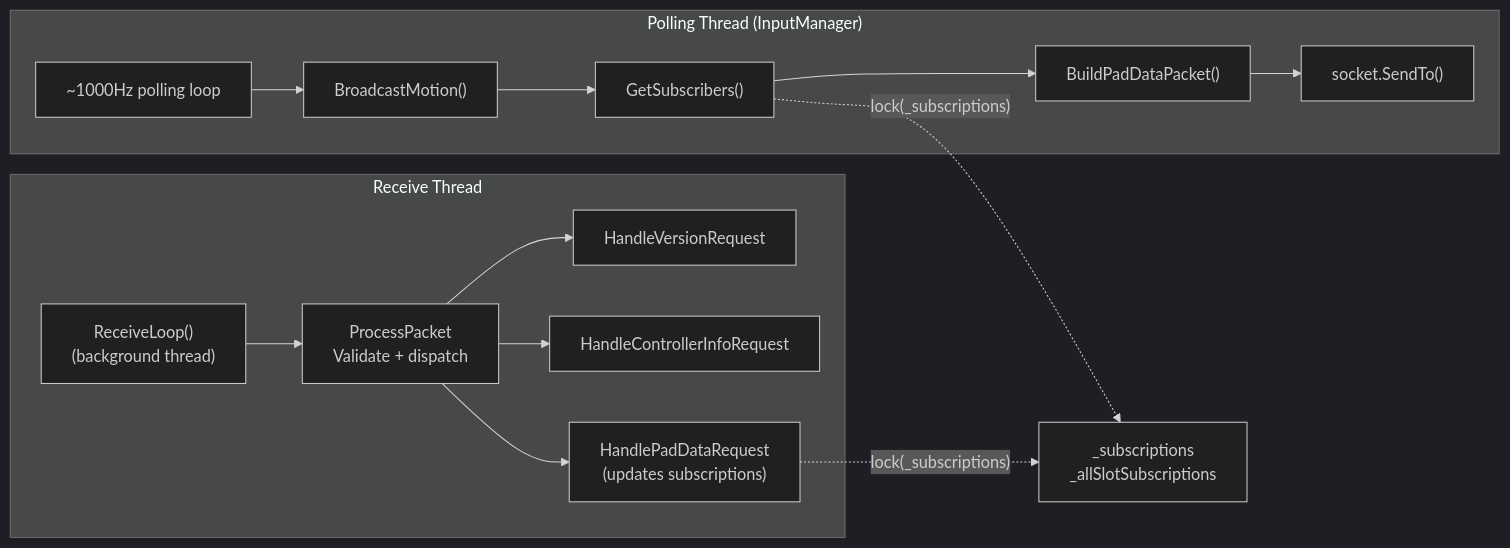
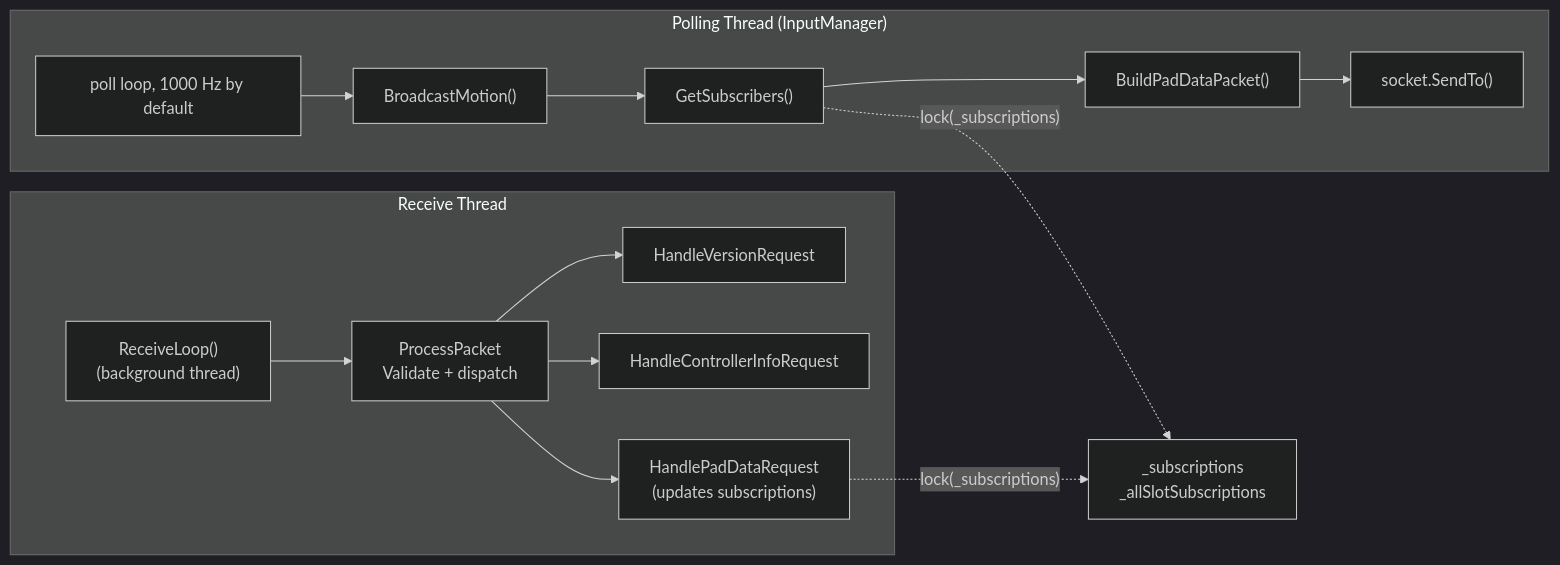
One commit to hifihedgehog/padforge.org changed the second of 2 diagrams in wiki/reference/dsu-protocol.md. Above: the diagram before and after it, drawn with Mermaid (dark theme). The commit also changed other lines of this file and 627 other files, not shown here.

````diff
--- a/wiki/reference/dsu-protocol.md
+++ b/wiki/reference/dsu-protocol.md
@@ -536,21 +544,21 @@
 ```mermaid
 graph LR
     subgraph "Receive Thread"
         RT["ReceiveLoop()<br/>(background thread)"]
         RT --> PV["ProcessPacket<br/>Validate + dispatch"]
         PV --> HV["HandleVersionRequest"]
         PV --> HC["HandleControllerInfoRequest"]
         PV --> HP["HandlePadDataRequest<br/>(updates subscriptions)"]
     end
 
     subgraph "Polling Thread (InputManager)"
-        PT["~1000Hz polling loop"]
+        PT["poll loop, 1000 Hz by default"]
         PT --> BM["BroadcastMotion()"]
         BM --> GS["GetSubscribers()"]
         GS --> BP["BuildPadDataPacket()"]
         BP --> ST["socket.SendTo()"]
     end
 
     HP -.->|"lock(_subscriptions)"| SUB["_subscriptions<br/>_allSlotSubscriptions"]
     GS -.->|"lock(_subscriptions)"| SUB
 ```
````
